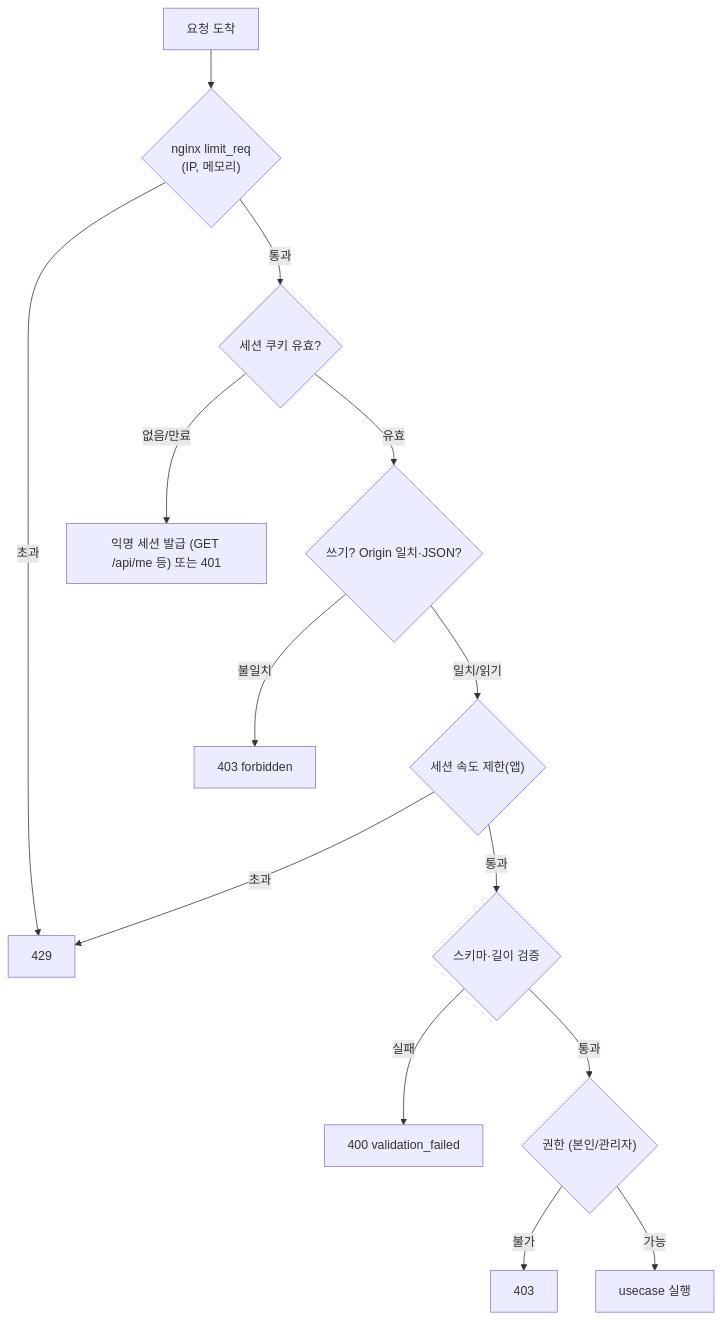
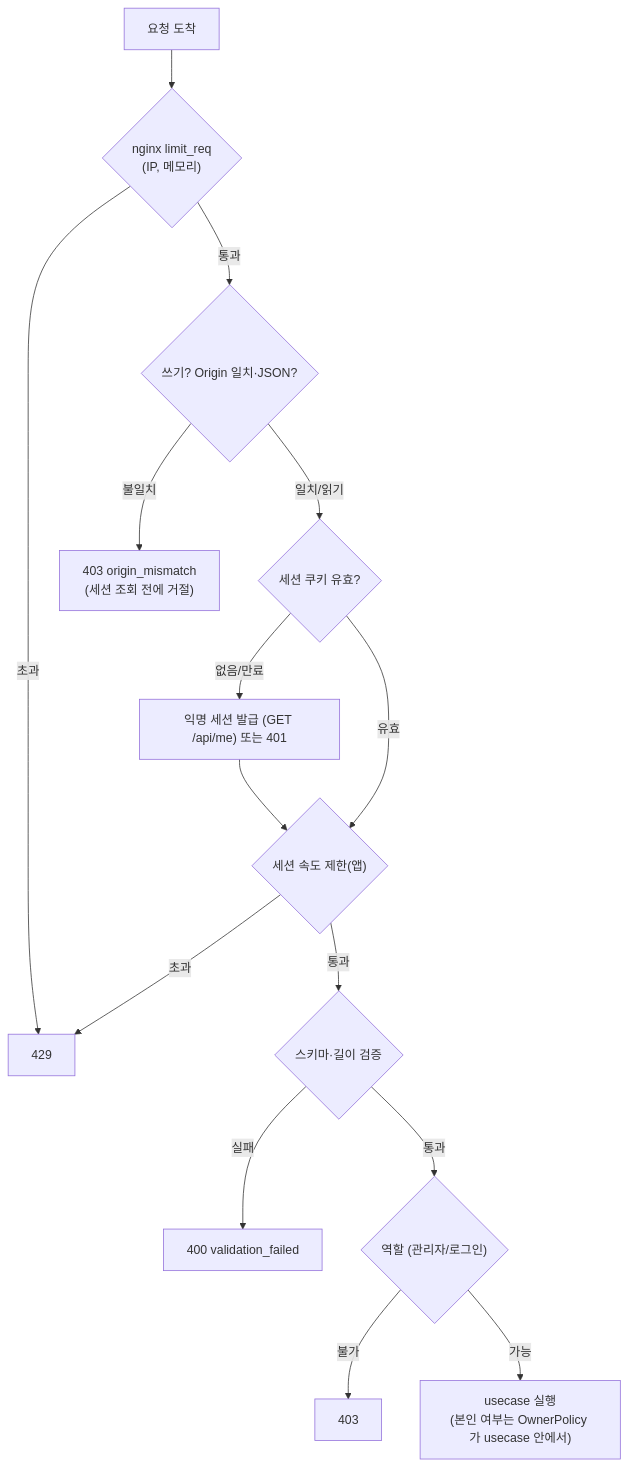
The third of 6 diagrams in docs/design/03-api-contract.md (1985jwlee/portpolio_backend), drawn with Mermaid before and after one commit. The commit also changed other lines of this file and 25 other files, not shown here.

````diff
--- a/docs/design/03-api-contract.md
+++ b/docs/design/03-api-contract.md
@@ -176,16 +199,17 @@
 ```mermaid
 flowchart TD
     A["요청 도착"] --> N{"nginx limit_req<br/>(IP, 메모리)"}
     N -- "초과" --> R1["429"]
-    N -- "통과" --> S{"세션 쿠키 유효?"}
-    S -- "없음/만료" --> S2["익명 세션 발급 (GET /api/me 등) 또는 401"]
-    S -- "유효" --> C{"쓰기? Origin 일치·JSON?"}
-    C -- "불일치" --> R2["403 forbidden"]
-    C -- "일치/읽기" --> L{"세션 속도 제한(앱)"}
+    N -- "통과" --> C{"쓰기? Origin 일치·JSON?"}
+    C -- "불일치" --> R2["403 origin_mismatch<br/>(세션 조회 전에 거절)"]
+    C -- "일치/읽기" --> S{"세션 쿠키 유효?"}
+    S -- "없음/만료" --> S2["익명 세션 발급 (GET /api/me) 또는 401"]
+    S -- "유효" --> L{"세션 속도 제한(앱)"}
+    S2 --> L
     L -- "초과" --> R1
     L -- "통과" --> V{"스키마·길이 검증"}
     V -- "실패" --> R3["400 validation_failed"]
-    V -- "통과" --> P{"권한 (본인/관리자)"}
+    V -- "통과" --> P{"역할 (관리자/로그인)"}
     P -- "불가" --> R4["403"]
-    P -- "가능" --> U["usecase 실행"]
+    P -- "가능" --> U["usecase 실행<br/>(본인 여부는 OwnerPolicy 가 usecase 안에서)"]
 ```
````
